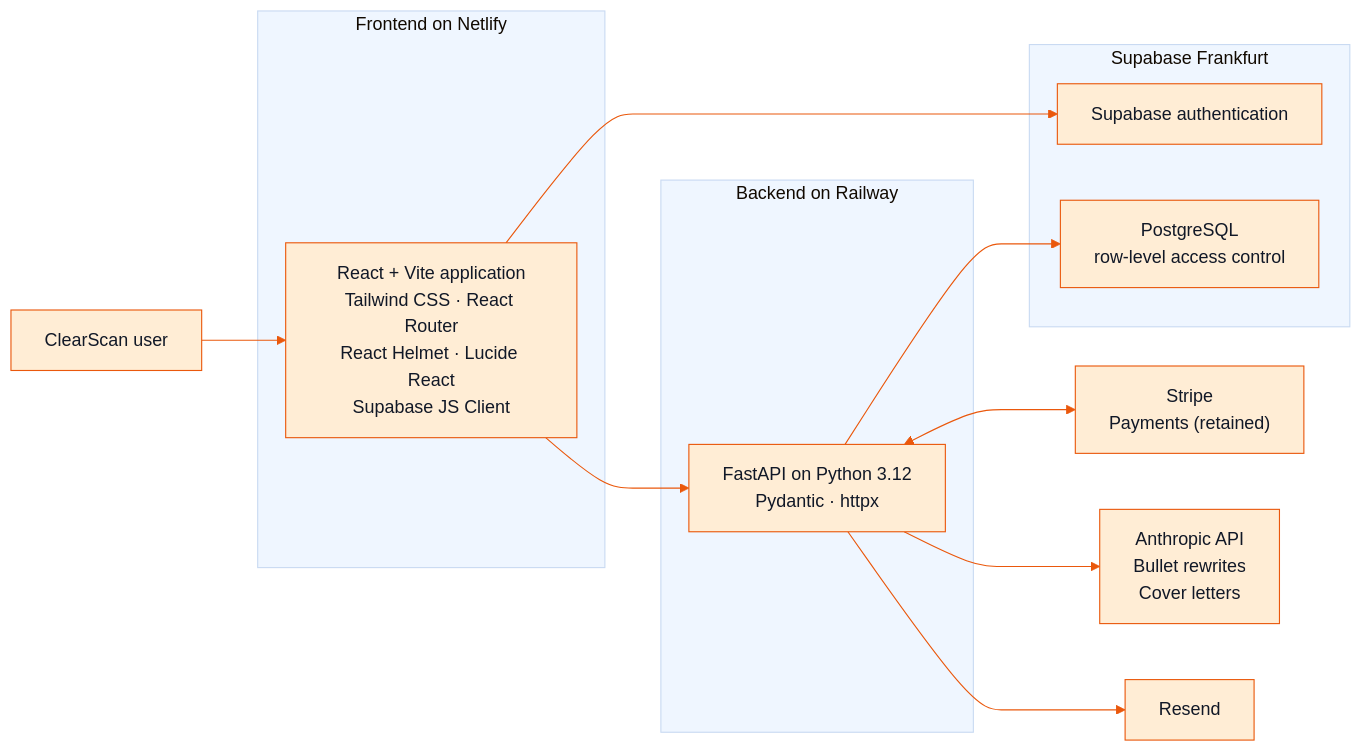
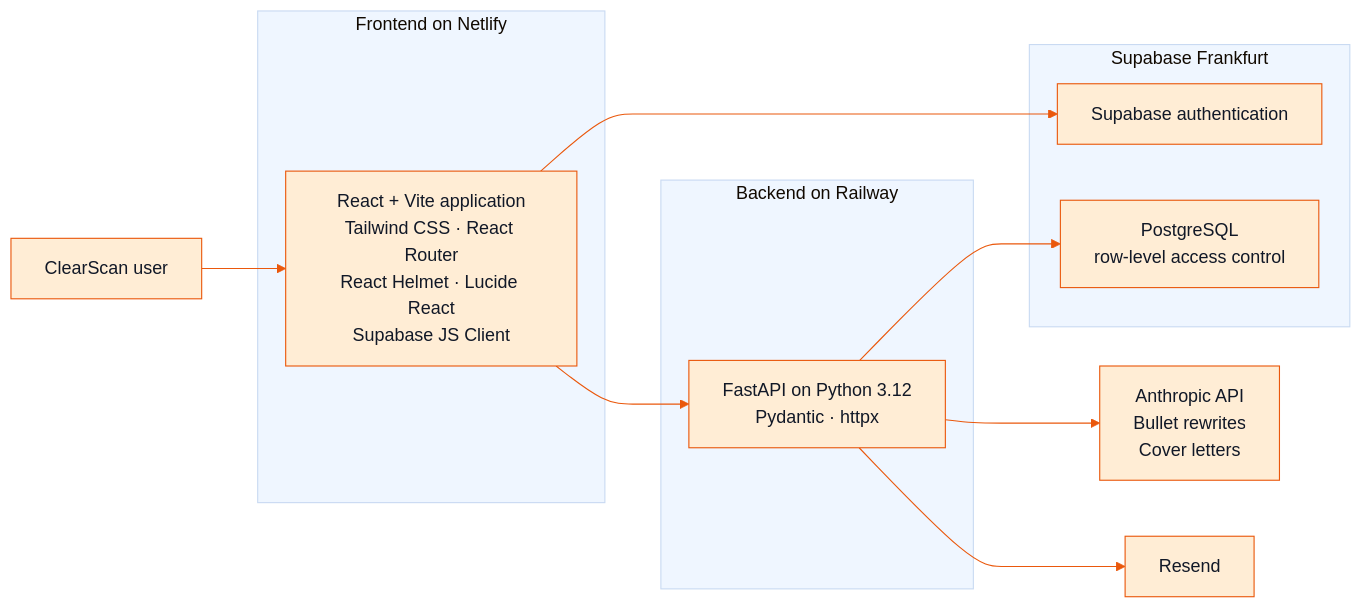
Before and after one commit to swagatskalita092/clearscan-engineering: the diagram in docs/02-architecture.md, drawn with Mermaid. The commit also changed other lines of this file and 13 other files, not shown here.

````diff
--- a/docs/02-architecture.md
+++ b/docs/02-architecture.md
@@ -10,30 +10,28 @@
 ```mermaid
 %%{init: {'theme':'base','themeVariables':{'primaryColor':'#FFEDD5','primaryTextColor':'#111827','primaryBorderColor':'#EA580C','lineColor':'#EA580C','fontFamily':'Plus Jakarta Sans, Inter, Segoe UI, sans-serif'}}}%%
 flowchart LR
     User[ClearScan user]
 
     subgraph Frontend["Frontend on Netlify"]
         Web["React + Vite application<br/>Tailwind CSS · React Router<br/>React Helmet · Lucide React<br/>Supabase JS Client"]
     end
 
     subgraph Backend["Backend on Railway"]
         API["FastAPI on Python 3.12<br/>Pydantic · httpx"]
     end
 
     subgraph Data["Supabase Frankfurt"]
         Auth["Supabase authentication"]
         DB["PostgreSQL<br/>row-level access control"]
     end
 
-    Stripe["Stripe<br/>Payments (retained)"]
     Anthropic["Anthropic API<br/>Bullet rewrites<br/>Cover letters"]
     Resend["Resend"]
 
     User --> Web
     Web --> API
     Web --> Auth
     API --> DB
-    API <--> Stripe
     API --> Anthropic
     API --> Resend
 ```
````
